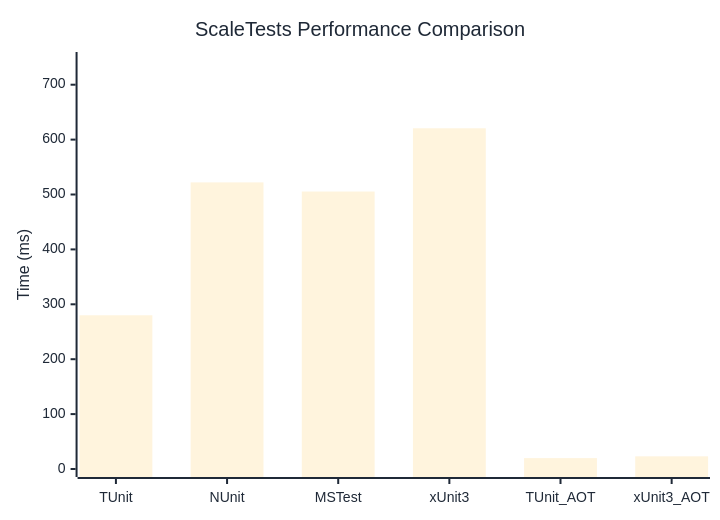
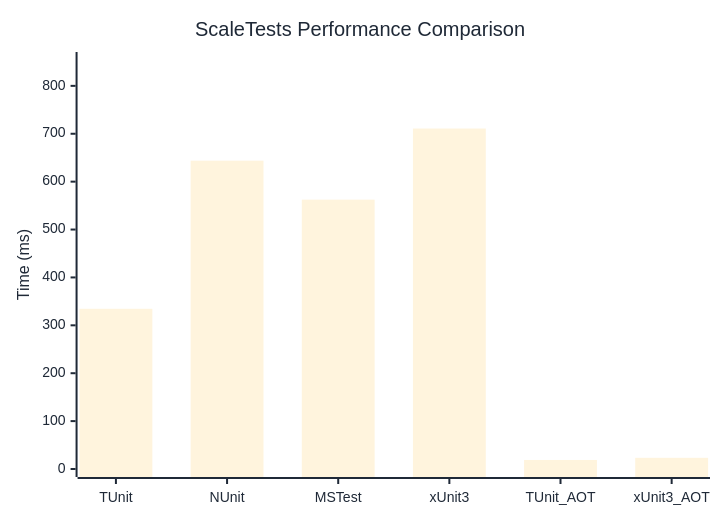
Before and after one commit to thomhurst/TUnit: the diagram in docs/docs/benchmarks/engine/ScaleTests.md, drawn with Mermaid. The commit also changed other lines of this file and 18 other files, not shown here.

````diff
--- a/docs/docs/benchmarks/engine/ScaleTests.md
+++ b/docs/docs/benchmarks/engine/ScaleTests.md
@@ -30,37 +30,37 @@
 ```mermaid
 %%{init: {
   'theme':'base',
   'themeVariables': {
     'primaryColor': '#2563eb',
     'primaryTextColor': '#1f2937',
     'primaryBorderColor': '#1e40af',
     'lineColor': '#6b7280',
     'secondaryColor': '#7c3aed',
     'tertiaryColor': '#dc2626',
     'background': '#ffffff',
     'mainBkg': '#2563eb',
     'secondBkg': '#7c3aed',
     'tertiaryBkg': '#dc2626',
     'clusterBkg': '#f3f4f6',
     'edgeLabelBackground': '#ffffff',
     'tertiaryTextColor': '#1f2937',
     'pie1': '#2563eb',
     'pie2': '#7c3aed',
     'pie3': '#dc2626',
     'pie4': '#f59e0b',
     'pie5': '#10b981',
     'pie6': '#06b6d4',
     'pie7': '#ec4899',
     'pie8': '#6366f1',
     'pie9': '#84cc16',
     'pie10': '#f97316',
     'pie11': '#14b8a6',
     'pie12': '#a855f7'
   }
 }}%%
 xychart-beta
   title "ScaleTests Performance Comparison"
   x-axis ["TUnit", "NUnit", "MSTest", "xUnit3", "TUnit_AOT", "xUnit3_AOT"]
-  y-axis "Time (ms)" 0 --> 745
-  bar [280.02, 522.04, 505.4, 620.62, 19.86, 23.07]
+  y-axis "Time (ms)" 0 --> 854
+  bar [334.54, 643.81, 562.39, 710.91, 18.88, 23.38]
 ```
````
